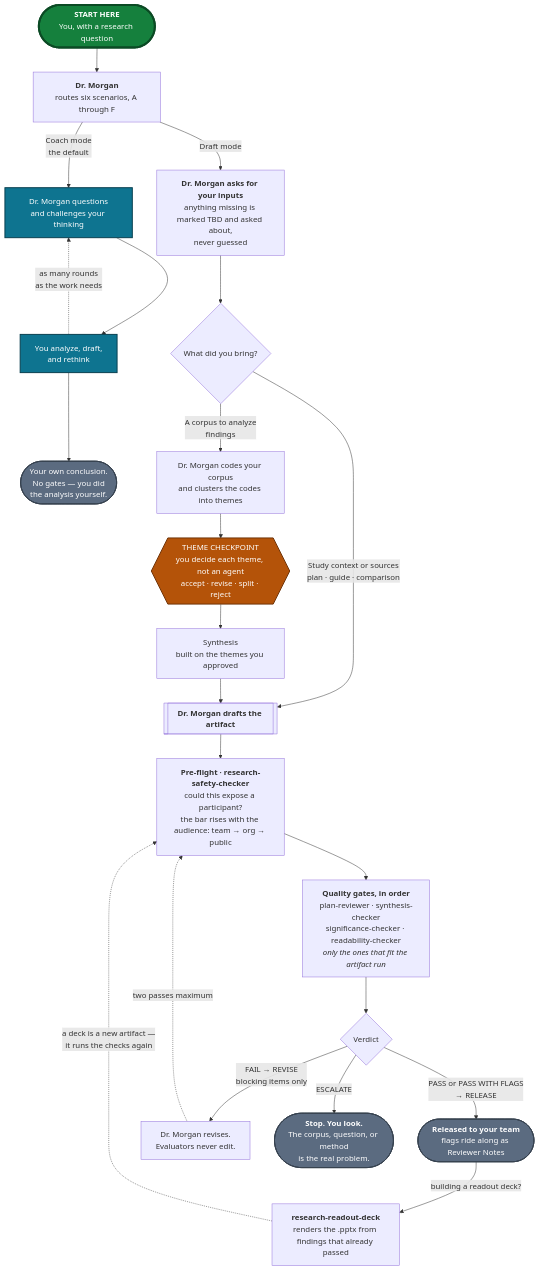
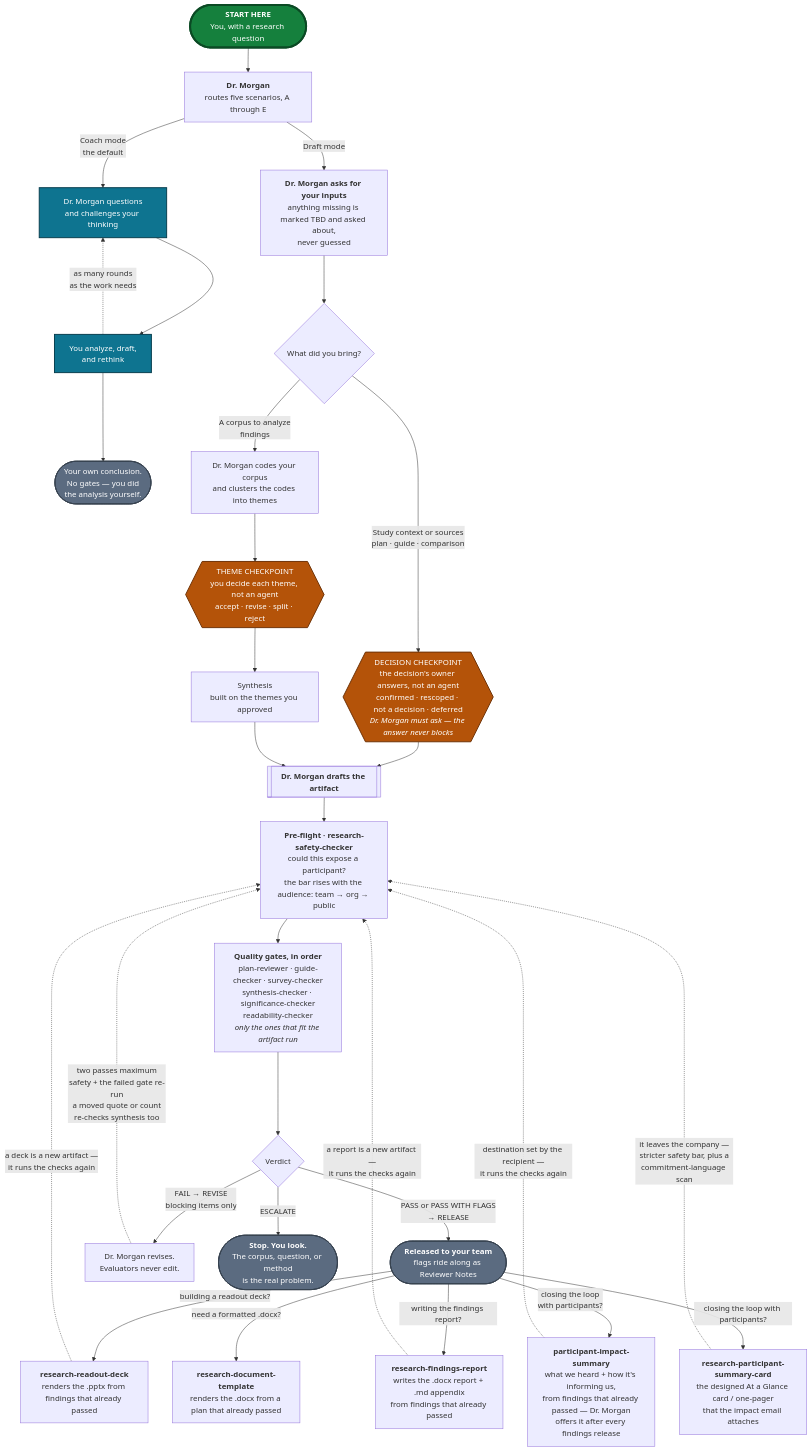
The diagram in README.md (kirstenhosic/UX-Research-Skills), drawn with Mermaid before and after one commit. The commit also changed other lines of this file and 94 other files, not shown here.

````diff
--- a/README.md
+++ b/README.md
@@ -128,48 +291,62 @@
 ```mermaid
 flowchart TD
     START(["<b>START HERE</b><br/>You, with a research question"])
     START --> DM
 
-    DM["<b>Dr. Morgan</b><br/>routes six scenarios, A through F"]
+    DM["<b>Dr. Morgan</b><br/>routes five scenarios, A through E"]
 
     DM -->|"Coach mode<br/>the default"| COACH["Dr. Morgan questions<br/>and challenges your thinking"]
     COACH --> WORK["You analyze, draft,<br/>and rethink"]
     WORK -.->|"as many rounds<br/>as the work needs"| COACH
     WORK --> ENDC(["Your own conclusion.<br/>No gates — you did<br/>the analysis yourself."])
 
     DM -->|"Draft mode"| IN["<b>Dr. Morgan asks for your inputs</b><br/>anything missing is marked TBD and asked about,<br/>never guessed"]
     IN --> Q{"What did you bring?"}
 
     ART[["<b>Dr. Morgan drafts the artifact</b>"]]
     CL["Dr. Morgan codes your corpus<br/>and clusters the codes into themes"]
 
-    Q -->|"Study context or sources<br/>plan · guide · comparison"| ART
+    Q -->|"Study context or sources<br/>plan · guide · comparison"| DC
     Q -->|"A corpus to analyze<br/>findings"| CL
+
+    DC{{"DECISION CHECKPOINT<br/>the decision's owner answers, not an agent<br/>confirmed · rescoped · not a decision · deferred<br/><i>Dr. Morgan must ask — the answer never blocks</i>"}}
+    DC --> ART
 
     CL --> TC{{"THEME CHECKPOINT<br/>you decide each theme, not an agent<br/>accept · revise · split · reject"}}
     TC --> SY["Synthesis<br/>built on the themes you approved"]
     SY --> ART
 
     ART --> PF["<b>Pre-flight · research-safety-checker</b><br/>could this expose a participant?<br/>the bar rises with the audience: team → org → public"]
-    PF --> G["<b>Quality gates, in order</b><br/>plan-reviewer · synthesis-checker<br/>significance-checker · readability-checker<br/><i>only the ones that fit the artifact run</i>"]
+    PF --> G["<b>Quality gates, in order</b><br/>plan-reviewer · guide-checker · survey-checker<br/>synthesis-checker · significance-checker<br/>readability-checker<br/><i>only the ones that fit the artifact run</i>"]
     G --> V{"Verdict"}
 
     V -->|"PASS or PASS WITH FLAGS<br/>→ RELEASE"| ENDR(["<b>Released to your team</b><br/>flags ride along as Reviewer Notes"])
 
     V -->|"FAIL → REVISE<br/>blocking items only"| RV["Dr. Morgan revises.<br/>Evaluators never edit."]
-    RV -.->|"two passes maximum"| PF
+    RV -.->|"two passes maximum<br/>safety + the failed gate re-run<br/>a moved quote or count<br/>re-checks synthesis too"| PF
 
     V -->|"ESCALATE"| ENDE(["<b>Stop. You look.</b><br/>The corpus, question, or method<br/>is the real problem."])
 
     ENDR -->|"building a readout deck?"| SK["<b>research-readout-deck</b><br/>renders the .pptx from findings that already passed"]
     SK -.->|"a deck is a new artifact —<br/>it runs the checks again"| PF
+
+    ENDR -->|"writing the findings report?"| RPT["<b>research-findings-report</b><br/>writes the .docx report + .md appendix<br/>from findings that already passed"]
+    RPT -.->|"a report is a new artifact —<br/>it runs the checks again"| PF
+
+    ENDR -->|"closing the loop<br/>with participants?"| CIS["<b>participant-impact-summary</b><br/>what we heard + how it's informing us,<br/>from findings that already passed — Dr. Morgan<br/>offers it after every findings release"]
+    CIS -.->|"destination set by the recipient —<br/>it runs the checks again"| PF
+
+    ENDR -->|"need a formatted .docx?"| DOC["<b>research-document-template</b><br/>renders the .docx from a plan that already passed"]
+
+    ENDR -->|"closing the loop with participants?"| PS["<b>research-participant-summary-card</b><br/>the designed At a Glance card / one-pager<br/>that the impact email attaches"]
+    PS -.->|"it leaves the company —<br/>stricter safety bar, plus a<br/>commitment-language scan"| PF
 
     classDef entry  fill:#15803D,stroke:#0B4A24,stroke-width:4px,color:#FFFFFF
     classDef coach  fill:#0E7490,stroke:#083F4F,stroke-width:2px,color:#FFFFFF
     classDef human  fill:#B45309,stroke:#6E3206,stroke-width:2px,color:#FFFFFF
     classDef ending fill:#5B6B80,stroke:#37424F,stroke-width:2px,color:#FFFFFF
     class START entry
     class COACH,WORK coach
-    class TC human
+    class TC,DC human
     class ENDC,ENDR,ENDE ending
 ```
````
